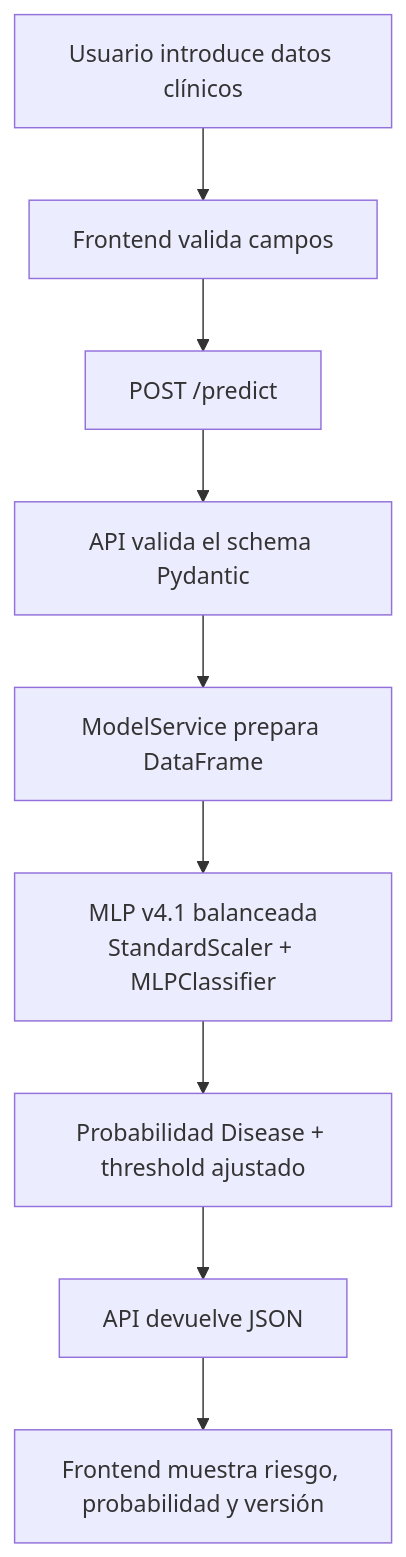
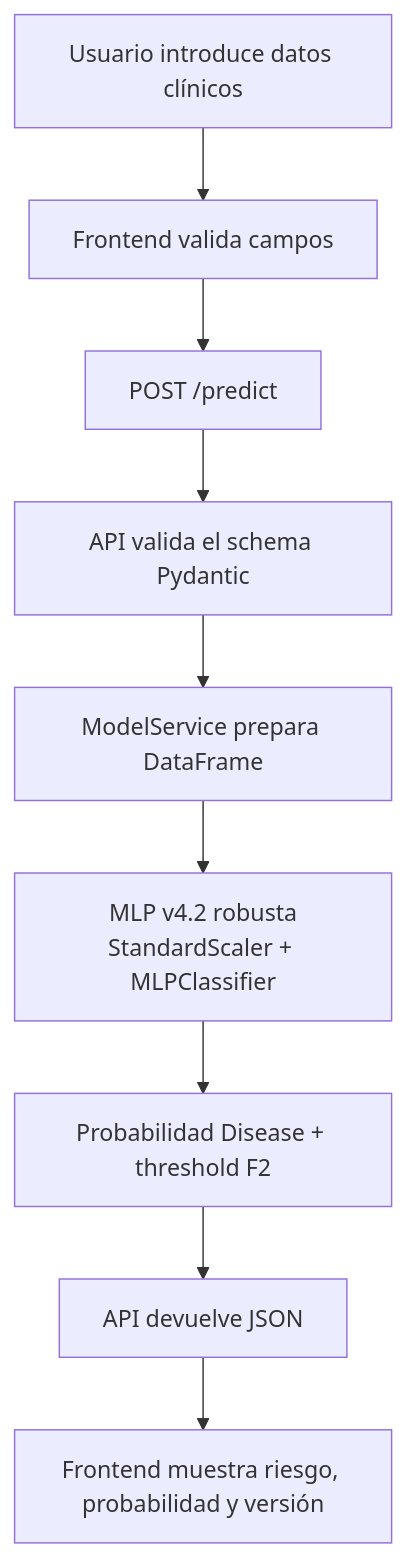
The second of 3 diagrams in README.md (marichu-kt/heart-disease-mlops), drawn with Mermaid before and after one commit. The commit also changed other lines of this file and 15 other files, not shown here.

````diff
--- a/README.md
+++ b/README.md
@@ -142,11 +142,11 @@
 ```mermaid
 flowchart TD
     A["Usuario introduce datos clínicos"] --> B["Frontend valida campos"]
     B --> C["POST /predict"]
     C --> D["API valida el schema Pydantic"]
     D --> E["ModelService prepara DataFrame"]
-    E --> F["MLP v4.1 balanceada<br/>StandardScaler + MLPClassifier"]
-    F --> G["Probabilidad Disease + threshold ajustado"]
+    E --> F["MLP v4.2 robusta<br/>StandardScaler + MLPClassifier"]
+    F --> G["Probabilidad Disease + threshold F2"]
     G --> H["API devuelve JSON"]
     H --> I["Frontend muestra riesgo, probabilidad y versión"]
 ```
````
